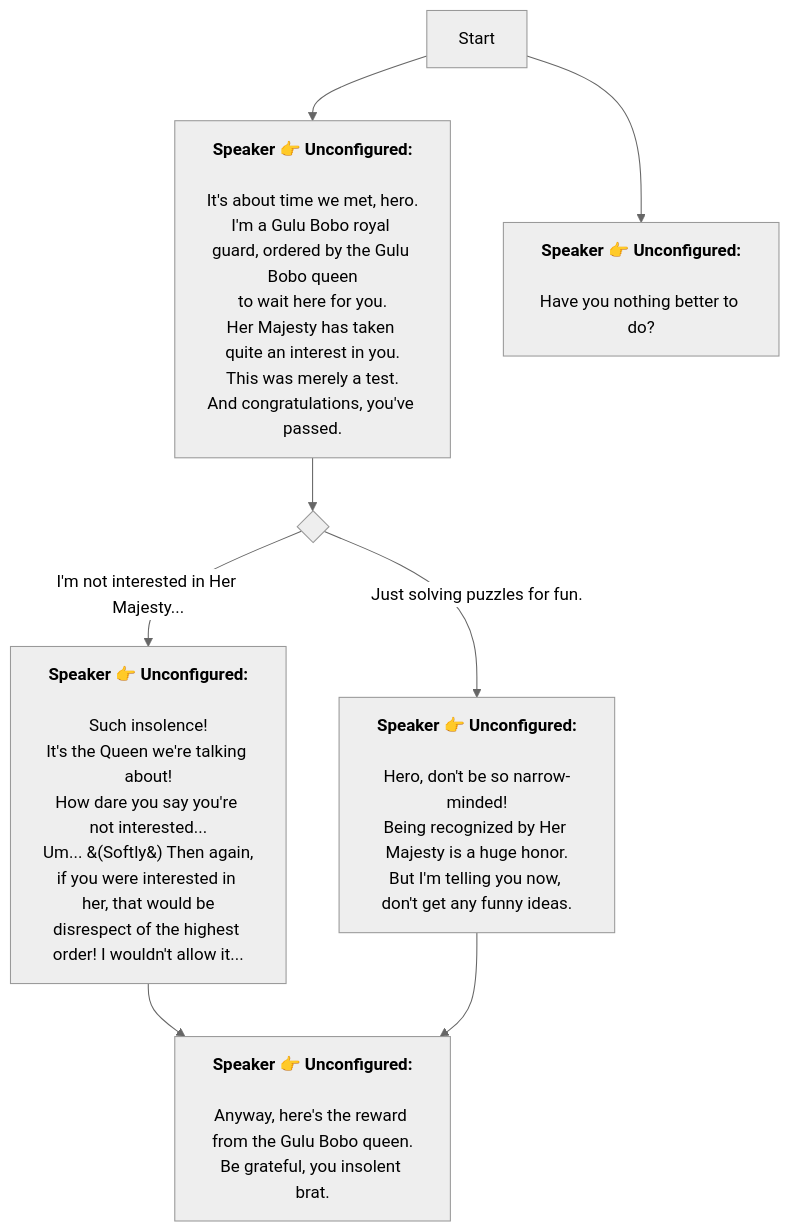
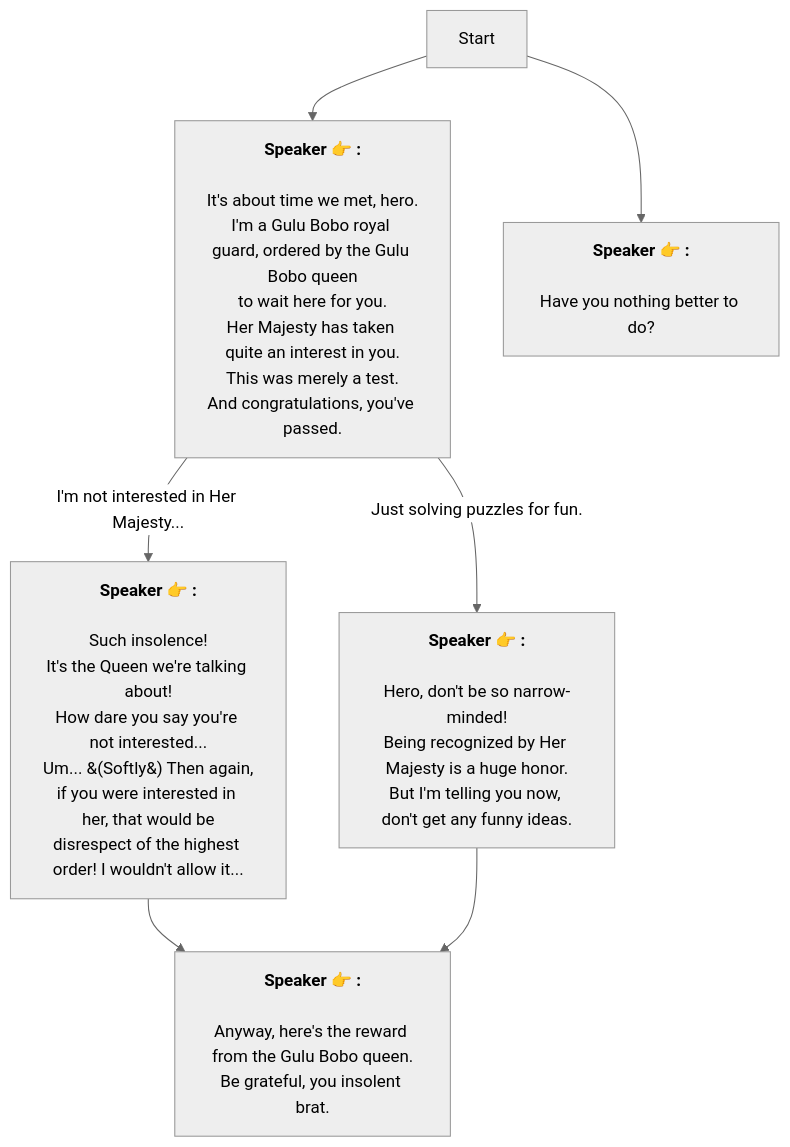
Before and after one commit to SoftHu/tos_avg: the diagram in En/GLP_3.md, drawn with Mermaid (neutral theme). The commit also changed 737 other files, not shown here.

````diff
--- a/En/GLP_3.md
+++ b/En/GLP_3.md
@@ -1,37 +1,28 @@
 ```mermaid
 graph
-Start -->1719159014612000[<b>Speaker 👉 Unconfigured:</b>
-
-It's about time we met, hero.
+Start -->1719159014612000[<b>Speaker 👉 :</b>
+\nIt's about time we met, hero.
 I'm a Gulu Bobo royal guard, ordered by the Gulu Bobo queen
-to wait here for you.
-Her Majesty has taken quite an interest in you.
+to wait here for you.\nHer Majesty has taken quite an interest in you.
 This was merely a test.
 And congratulations, you've passed.]
-1719159014612000 -->1719160430499873{ }
-1719160430499873 -->|I'm not interested in Her Majesty...|1719161269123110[<b>Speaker 👉 Unconfigured:</b>
-
-Such insolence!
+1719159014612000 -->|I'm not interested in Her Majesty...|1719161269123110[<b>Speaker 👉 :</b>
+\nSuch insolence!
 It's the Queen we're talking about!
-How dare you say you're not interested...
-Um... &#40;Softly&#41; Then again,
+How dare you say you're not interested...\nUm... &#40;Softly&#41; Then again,
 if you were interested in her, that would be
 disrespect of the highest order! I wouldn't allow it...]
-1719160430499873 -->|Just solving puzzles for fun.|1719161275267111[<b>Speaker 👉 Unconfigured:</b>
-
-Hero, don't be so narrow-minded!
+1719159014612000 -->|Just solving puzzles for fun.|1719161275267111[<b>Speaker 👉 :</b>
+\nHero, don't be so narrow-minded!
 Being recognized by Her Majesty is a huge honor.
 But I'm telling you now, don't get any funny ideas.]
-1719161269123110 -->1719163380421672[<b>Speaker 👉 Unconfigured:</b>
+1719161269123110 -->1719163380421672[<b>Speaker 👉 :</b>
+\nAnyway, here's the reward from the Gulu Bobo queen.
+Be grateful, you insolent brat.]
+1719161275267111 -->1719163380421672[<b>Speaker 👉 :</b>
+\nAnyway, here's the reward from the Gulu Bobo queen.
+Be grateful, you insolent brat.]
+Start -->1724023392865331[<b>Speaker 👉 :</b>
+\nHave you nothing better to do?]
 
-Anyway, here's the reward from the Gulu Bobo queen.
-Be grateful, you insolent brat.]
-1719161275267111 -->1719163380421672[<b>Speaker 👉 Unconfigured:</b>
-
-Anyway, here's the reward from the Gulu Bobo queen.
-Be grateful, you insolent brat.]
-Start -->1724023392865331[<b>Speaker 👉 Unconfigured:</b>
-
-Have you nothing better to do?]
-
- ```
+```
````
